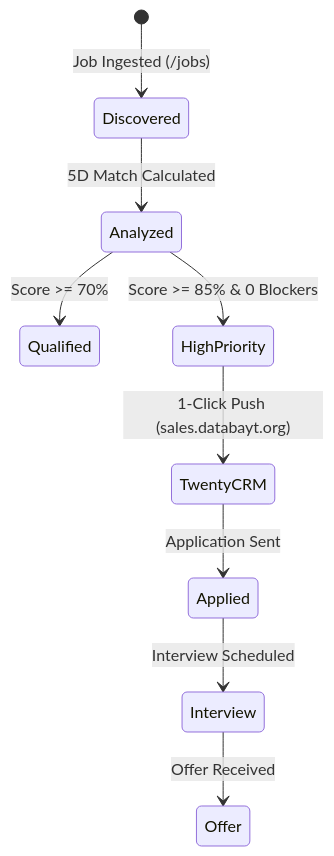
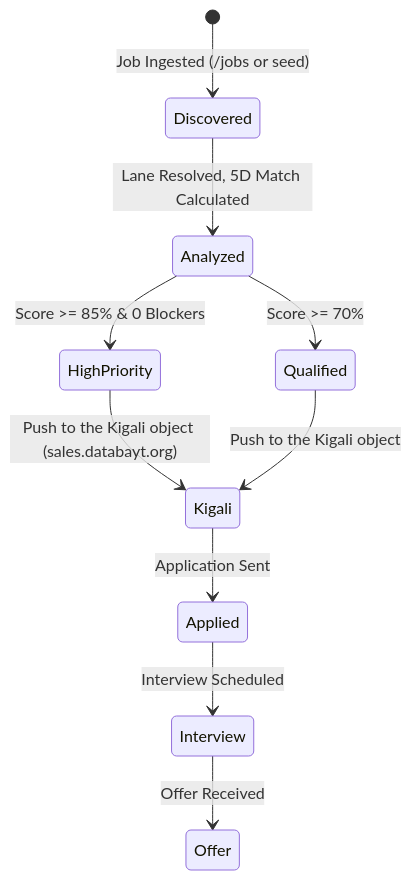
The second of 2 diagrams in content/docs/jobs.mdx (databayt/kun), drawn with Mermaid before and after one commit. The commit also changed other lines of this file and 15 other files, not shown here.

````diff
--- a/content/docs/jobs.mdx
+++ b/content/docs/jobs.mdx
@@ -204,11 +248,12 @@
 ```mermaid
 stateDiagram-v2
-    [*] --> Discovered: Job Ingested (/jobs)
-    Discovered --> Analyzed: 5D Match Calculated
+    [*] --> Discovered: Job Ingested (/jobs or seed)
+    Discovered --> Analyzed: Lane Resolved, 5D Match Calculated
     Analyzed --> Qualified: Score >= 70%
     Analyzed --> HighPriority: Score >= 85% & 0 Blockers
-    HighPriority --> TwentyCRM: 1-Click Push (sales.databayt.org)
-    TwentyCRM --> Applied: Application Sent
+    HighPriority --> Kigali: Push to the Kigali object (sales.databayt.org)
+    Qualified --> Kigali: Push to the Kigali object
+    Kigali --> Applied: Application Sent
     Applied --> Interview: Interview Scheduled
     Interview --> Offer: Offer Received
 ```
````
